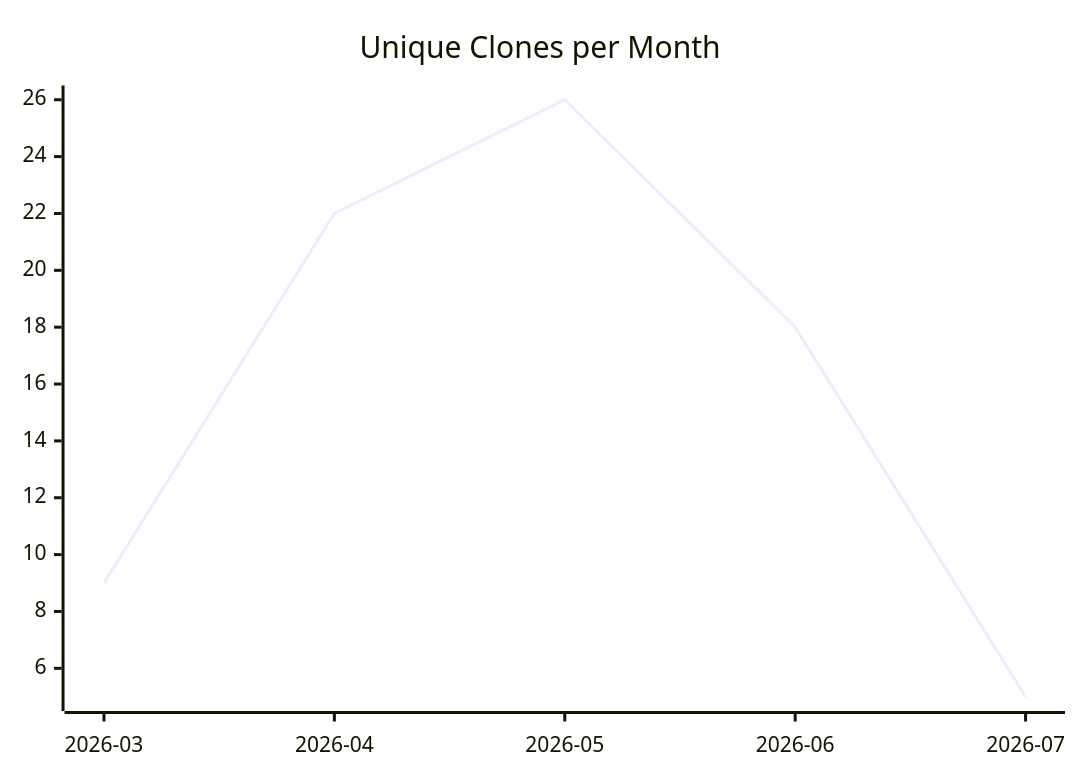
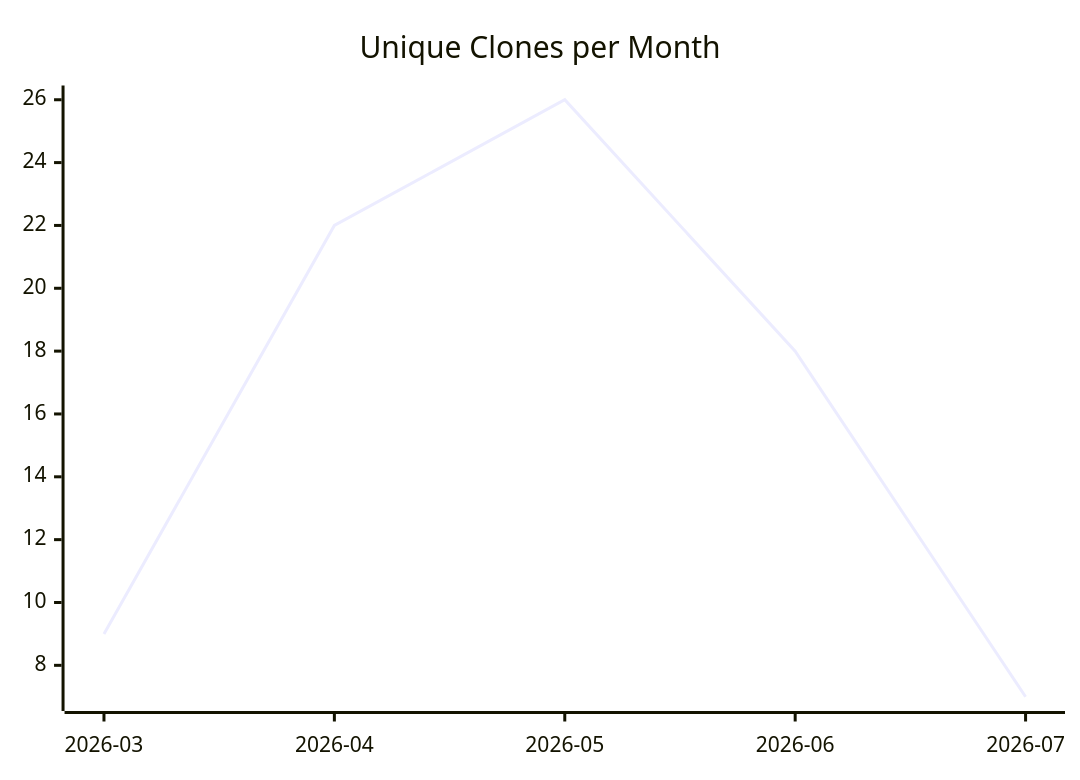
One commit to justdavis-family/github-analytics-data changed the third of 3 diagrams in karlmdavis/lego-ev3dev-rs/README.md. Above: the diagram before and after it, drawn with Mermaid. The commit also changed other lines of this file and 169 other files, not shown here.

````diff
--- a/karlmdavis/lego-ev3dev-rs/README.md
+++ b/karlmdavis/lego-ev3dev-rs/README.md
@@ -19,6 +19,6 @@
 ```mermaid
 xychart-beta
   title "Unique Clones per Month"
   x-axis ["2026-03", "2026-04", "2026-05", "2026-06", "2026-07"]
-  line [9, 22, 26, 18, 5]
+  line [9, 22, 26, 18, 7]
 ```
````
